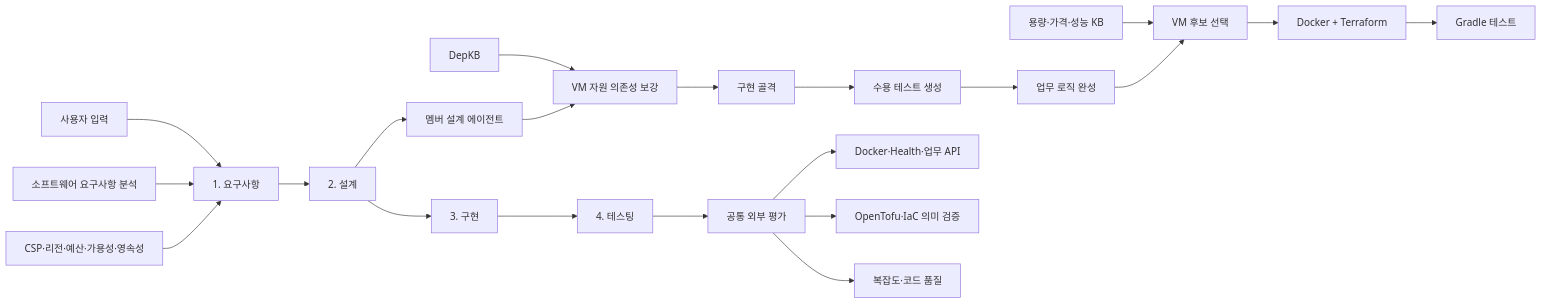
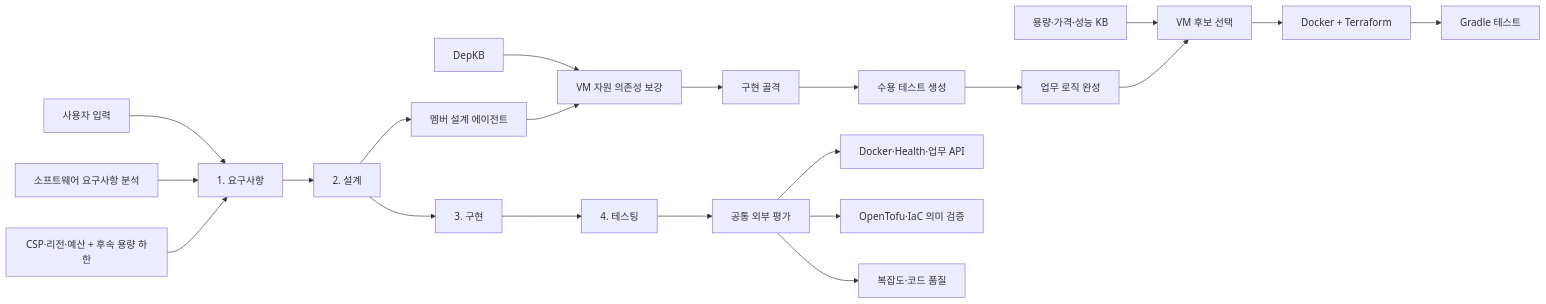
Before and after one commit to PNU-capstone-2026-17/easydep: the first of 3 diagrams in docs/current-system-status.md, drawn with Mermaid. The commit also changed other lines of this file and 414 other files, not shown here.

````diff
--- a/docs/current-system-status.md
+++ b/docs/current-system-status.md
@@ -26,27 +26,27 @@
 ```mermaid
 flowchart LR
     U[사용자 입력] --> R[1. 요구사항]
     R --> D[2. 설계]
     D --> I[3. 구현]
     I --> T[4. 테스팅]
     T --> A[공통 외부 평가]
 
     R1[소프트웨어 요구사항 분석] --> R
-    R2[CSP·리전·예산·가용성·영속성] --> R
+    R2[CSP·리전·예산 + 후속 용량 하한] --> R
 
     D --> D1[멤버 설계 에이전트]
     K[DepKB] --> D2[VM 자원 의존성 보강]
     D1 --> D2
 
     D2 --> I1[구현 골격]
     I1 --> I2[수용 테스트 생성]
     I2 --> I3[업무 로직 완성]
     C[용량·가격·성능 KB] --> I4[VM 후보 선택]
     I3 --> I4
     I4 --> I5[Docker + Terraform]
 
     I5 --> T1[Gradle 테스트]
     A --> A1[Docker·Health·업무 API]
     A --> A2[OpenTofu·IaC 의미 검증]
     A --> A3[복잡도·코드 품질]
 ```
````
